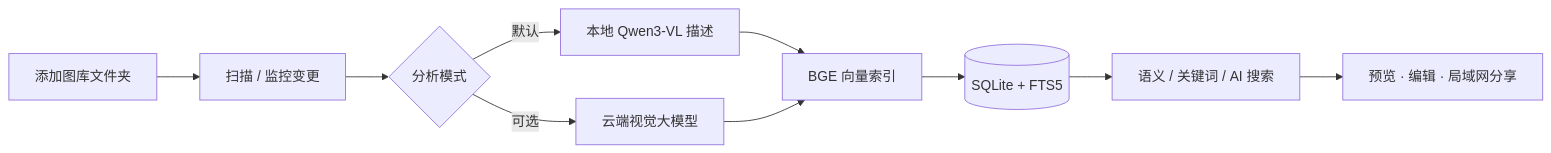
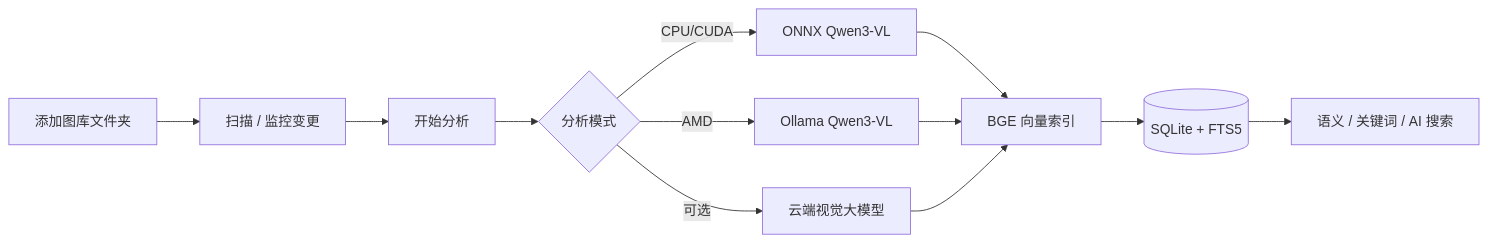
One commit to HLZ278/AI-Gallery changed the diagram in README.md. Above: the diagram before and after it, drawn with Mermaid. The commit also changed other lines of this file and 37 other files, not shown here.

First line of the commit message:
release: v1.8.3 AMD/Ollama 加速与分析解析增强

````diff
--- a/README.md
+++ b/README.md
@@ -61,12 +61,14 @@
 ```mermaid
 flowchart LR
   A[添加图库文件夹] --> B[扫描 / 监控变更]
-  B --> C{分析模式}
-  C -->|默认| D[本地 Qwen3-VL 描述]
-  C -->|可选| E[云端视觉大模型]
-  D --> F[BGE 向量索引]
-  E --> F
-  F --> G[(SQLite + FTS5)]
-  G --> H[语义 / 关键词 / AI 搜索]
-  H --> I[预览 · 编辑 · 局域网分享]
+  B --> C[开始分析]
+  C --> D{分析模式}
+  D -->|CPU/CUDA| E[ONNX Qwen3-VL]
+  D -->|AMD| F[Ollama Qwen3-VL]
+  D -->|可选| G[云端视觉大模型]
+  E --> H[BGE 向量索引]
+  F --> H
+  G --> H
+  H --> I[(SQLite + FTS5)]
+  I --> J[语义 / 关键词 / AI 搜索]
 ```
````
